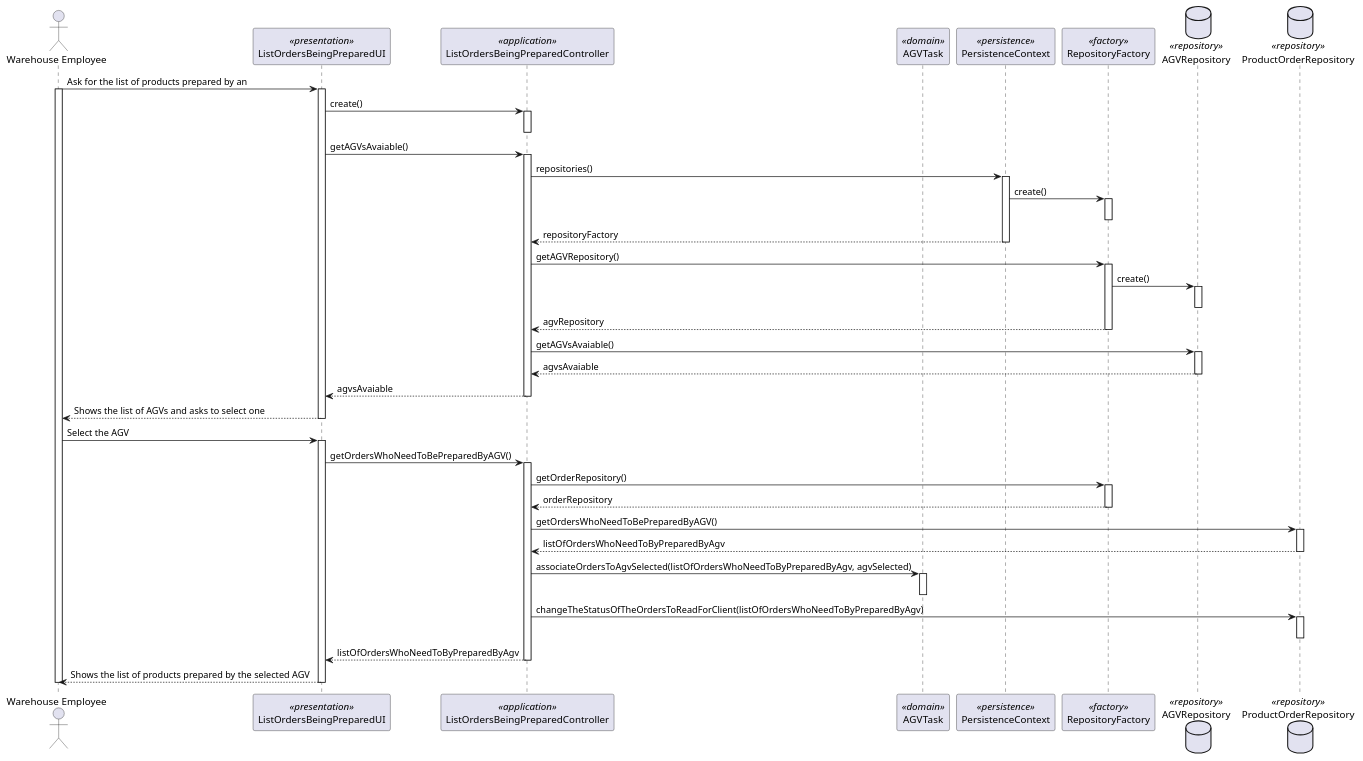
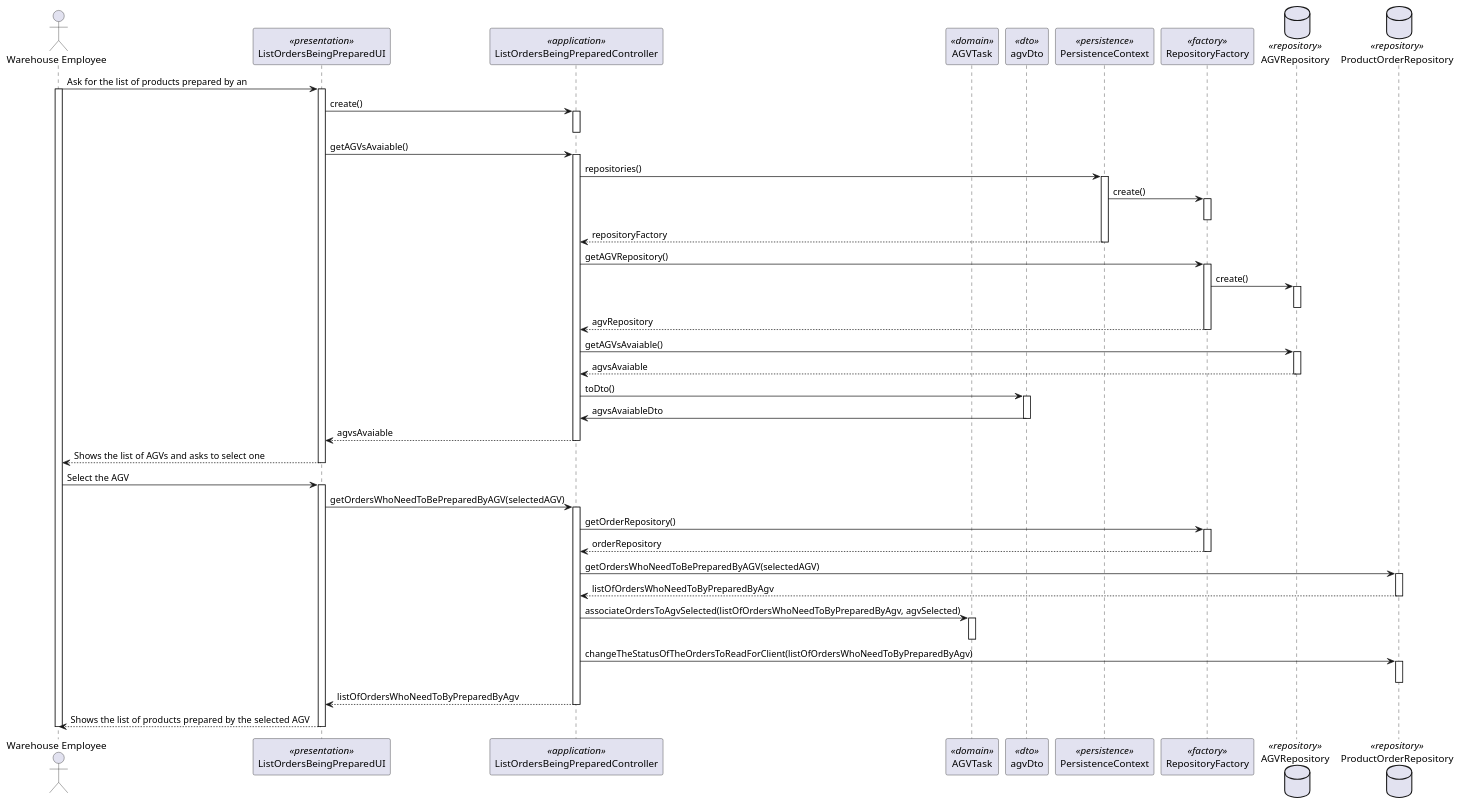
The diagram in docs/1200720/US2004/SD_US2004.puml (0franciscor/lei21_22_s4_2de_01), drawn with PlantUML before and after one commit. The commit also changed 33 other files, not shown here.

Commit message:
#20 - Some changes in SD Diagram

```diff
--- a/docs/1200720/US2004/SD_US2004.puml
+++ b/docs/1200720/US2004/SD_US2004.puml
@@ -1,109 +1,118 @@
 @startuml
 'http://plantuml.com/skinparam.html
 
 actor "Warehouse Employee" as EMPLOYEE
 participant ListOrdersBeingPreparedUI as UI <<presentation>>
 participant ListOrdersBeingPreparedController as CONTROLLER <<application>>
 participant AGVTask as TASK <<domain>>
+participant agvDto as DTO  <<dto>>
 participant PersistenceContext as PERSISTENCE <<persistence>>
 participant RepositoryFactory as FACTORY <<factory>>
 database AGVRepository as REPOSITORY_AGV <<repository>>
 database ProductOrderRepository as REPOSITORY_ORDERS <<repository>>
 
 EMPLOYEE -> UI: Ask for the list of products prepared by an
 activate EMPLOYEE
 activate UI
 
 UI -> CONTROLLER: create()
 
 activate CONTROLLER
 deactivate CONTROLLER
 
 UI -> CONTROLLER : getAGVsAvaiable()
 activate CONTROLLER
 
 CONTROLLER -> PERSISTENCE : repositories()
 
 activate PERSISTENCE
 
 PERSISTENCE -> FACTORY : create()
 
 activate FACTORY
 deactivate FACTORY
 
 PERSISTENCE --> CONTROLLER : repositoryFactory
 
 deactivate PERSISTENCE
 
 CONTROLLER -> FACTORY : getAGVRepository()
 
 activate FACTORY
 
 FACTORY -> REPOSITORY_AGV : create()
 
 activate REPOSITORY_AGV
 deactivate REPOSITORY_AGV
 
 FACTORY --> CONTROLLER : agvRepository
 deactivate FACTORY
 
 CONTROLLER -> REPOSITORY_AGV : getAGVsAvaiable()
 
 activate REPOSITORY_AGV
 
 REPOSITORY_AGV --> CONTROLLER : agvsAvaiable
 
 deactivate REPOSITORY_AGV
 
+CONTROLLER -> DTO : toDto()
+
+activate DTO
+
+DTO -> CONTROLLER : agvsAvaiableDto
+
+deactivate DTO
+
 CONTROLLER --> UI : agvsAvaiable
 deactivate CONTROLLER
 
 UI --> EMPLOYEE: Shows the list of AGVs and asks to select one
 
 
 deactivate CONTROLLER
 deactivate UI
 
 EMPLOYEE -> UI : Select the AGV
 
 activate UI
 
-UI -> CONTROLLER : getOrdersWhoNeedToBePreparedByAGV()
+UI -> CONTROLLER : getOrdersWhoNeedToBePreparedByAGV(selectedAGV)
 
 activate CONTROLLER
 
 CONTROLLER -> FACTORY : getOrderRepository()
 
 activate FACTORY
 
 FACTORY --> CONTROLLER : orderRepository
 
 deactivate FACTORY
 
-CONTROLLER -> REPOSITORY_ORDERS : getOrdersWhoNeedToBePreparedByAGV()
+CONTROLLER -> REPOSITORY_ORDERS : getOrdersWhoNeedToBePreparedByAGV(selectedAGV)
 
 activate REPOSITORY_ORDERS
 
 REPOSITORY_ORDERS --> CONTROLLER : listOfOrdersWhoNeedToByPreparedByAgv
 deactivate REPOSITORY_ORDERS
 
 CONTROLLER -> TASK : associateOrdersToAgvSelected(listOfOrdersWhoNeedToByPreparedByAgv, agvSelected)
 
 activate TASK
 deactivate TASK
 
 CONTROLLER -> REPOSITORY_ORDERS : changeTheStatusOfTheOrdersToReadForClient(listOfOrdersWhoNeedToByPreparedByAgv)
 
 activate REPOSITORY_ORDERS
 deactivate REPOSITORY_ORDERS
 
 CONTROLLER --> UI : listOfOrdersWhoNeedToByPreparedByAgv
 deactivate CONTROLLER
 
 UI --> EMPLOYEE : Shows the list of products prepared by the selected AGV
 
 deactivate UI
 
 deactivate EMPLOYEE
 
 @enduml
```
